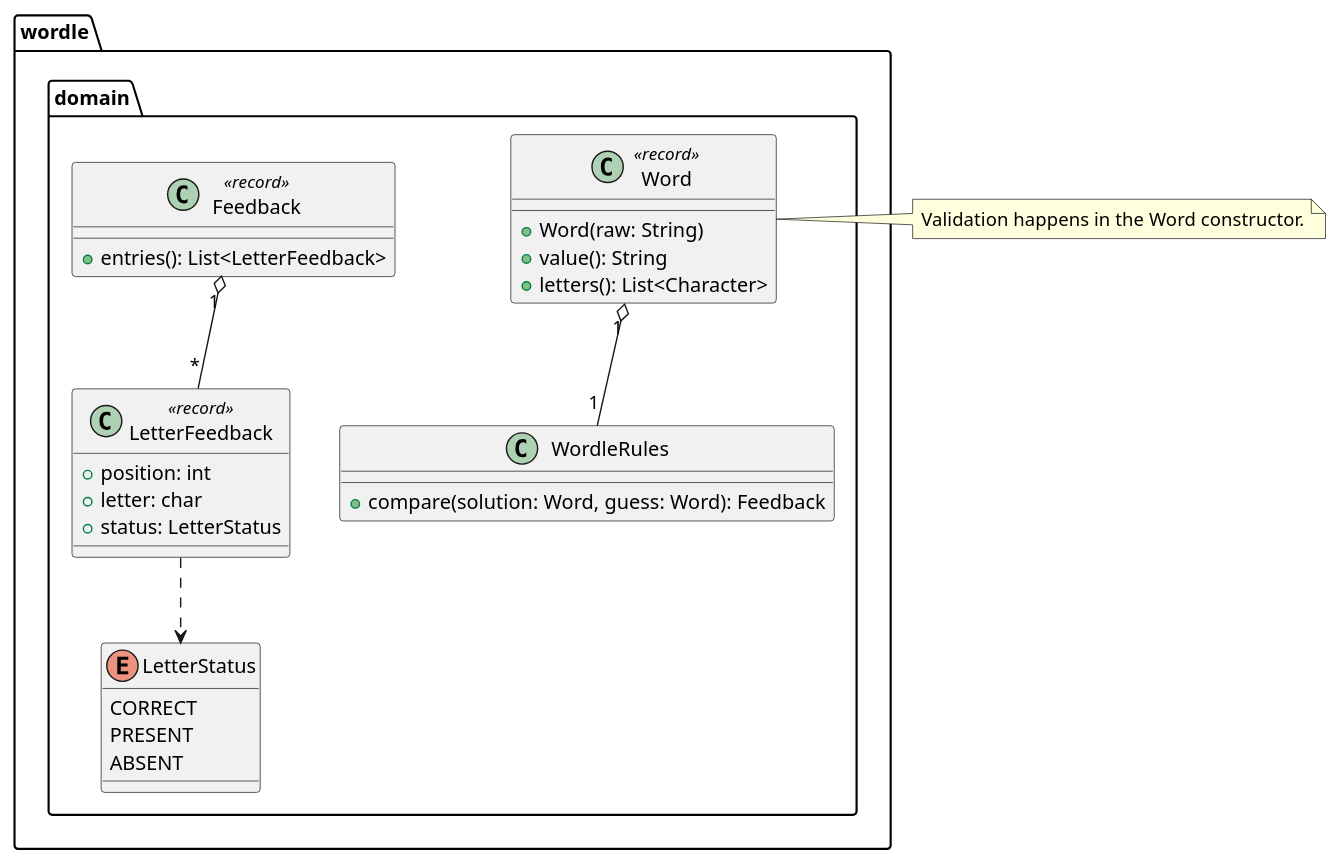
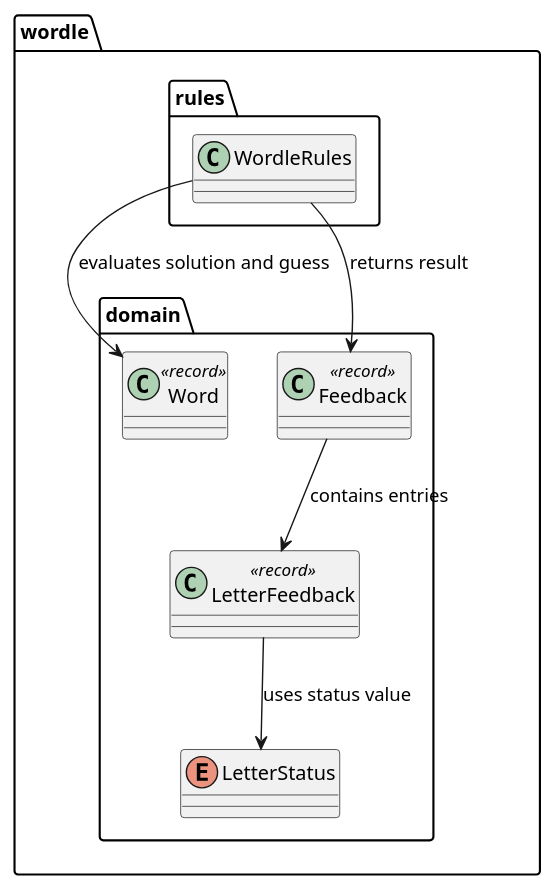
The first of 3 diagrams in examples/wordle/tasks/done/002-define-wordle-domain-model.md (dpolivaev/spec-loop), drawn with PlantUML before and after one commit. The commit also changed other lines of this file and 7 other files, not shown here.

Commit message:
docs: align constitution scenario rules and normalize wordle tasks

````diff
--- a/examples/wordle/tasks/done/002-define-wordle-domain-model.md
+++ b/examples/wordle/tasks/done/002-define-wordle-domain-model.md
@@ -23,39 +21,21 @@
 ```plantuml
 @startuml
-package wordle.domain {
-  class Word <<record>> {
-    + Word(raw: String)
-    + value(): String
-    + letters(): List<Character>
+set separator none
+package "wordle" {
+  package "domain" {
+    class Word <<record>>
+    class Feedback <<record>>
+    class LetterFeedback <<record>>
+    enum LetterStatus
   }
-
-  class Feedback <<record>> {
-    + entries(): List<LetterFeedback>
-  }
-
-  class LetterFeedback <<record>> {
-    + position: int
-    + letter: char
-    + status: LetterStatus
-  }
-
-  enum LetterStatus {
-    CORRECT
-    PRESENT
-    ABSENT
-  }
-
-  class WordleRules {
-    + compare(solution: Word, guess: Word): Feedback
+  package "rules" {
+    class WordleRules
   }
 }
 
-note right of Word
-  Validation happens in the Word constructor.
-end note
-
-Word "1" o-- "1" WordleRules
-Feedback "1" o-- "*" LetterFeedback
-LetterFeedback ..> LetterStatus
+WordleRules --> Word : evaluates solution and guess
+WordleRules --> Feedback : returns result
+Feedback --> LetterFeedback : contains entries
+LetterFeedback --> LetterStatus : uses status value
 @enduml
 ```
````
